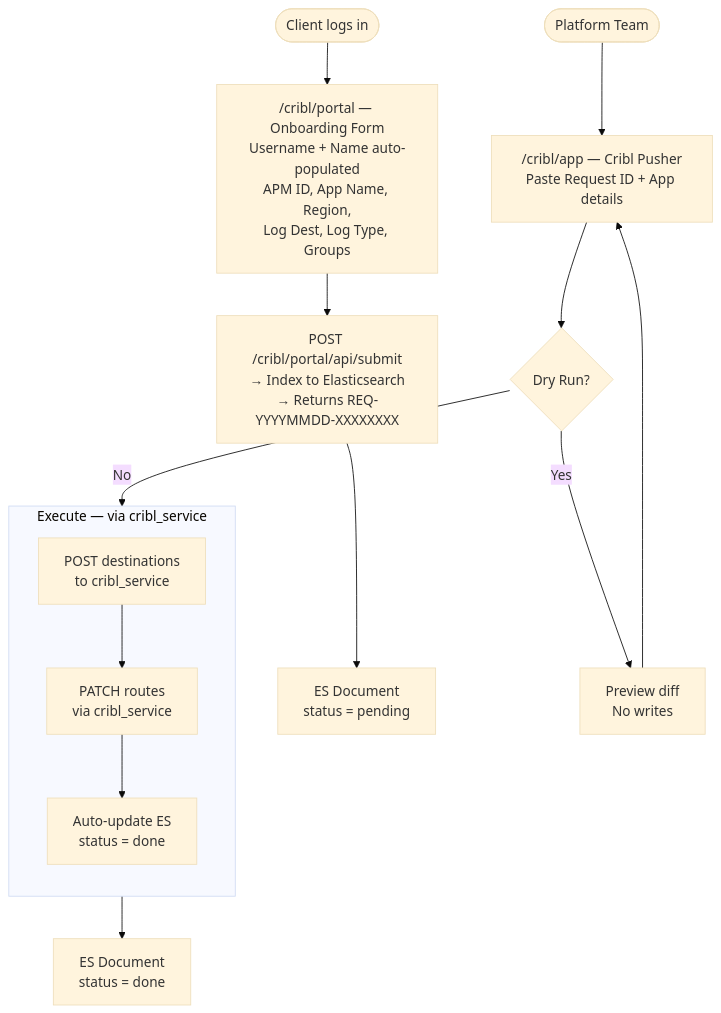
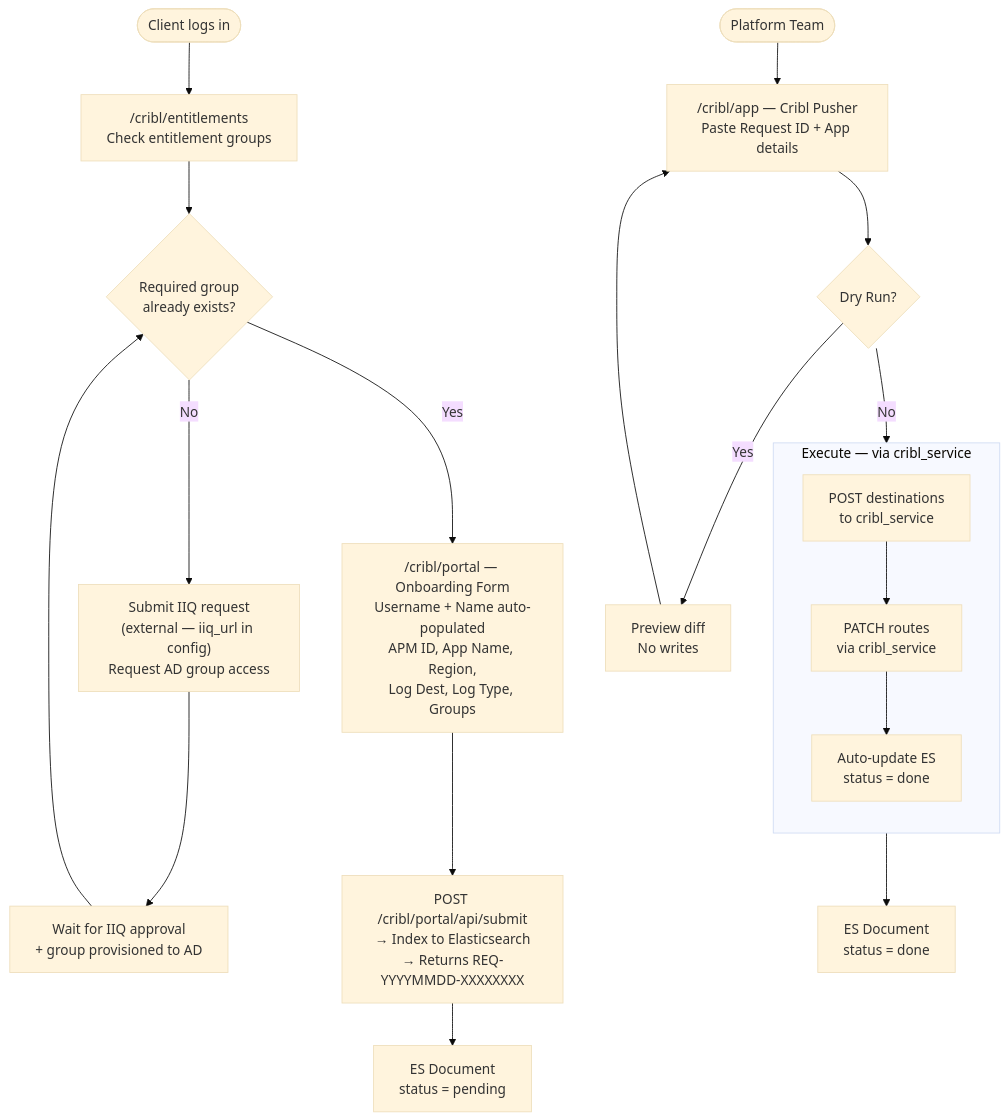
The second of 9 diagrams in flowchart.md (ambalbek/crud_cribl-elk), drawn with Mermaid (base theme) before and after one commit. The commit also changed 5 other files, not shown here.

````diff
--- a/flowchart.md
+++ b/flowchart.md
@@ -37,20 +37,27 @@
 ```mermaid
 flowchart TD
-    CLIENT([Client logs in]) --> PORTAL["/cribl/portal — Onboarding Form\nUsername + Name auto-populated\nAPM ID, App Name, Region,\nLog Dest, Log Type, Groups"]
+    CLIENT([Client logs in]) --> CHECK_ENT["/cribl/entitlements\nCheck entitlement groups"]
+    CHECK_ENT --> HAS_ENT{Required group\nalready exists?}
+
+    HAS_ENT -- No --> IIQ["Submit IIQ request\n(external — iiq_url in config)\nRequest AD group access"]
+    IIQ --> WAIT["Wait for IIQ approval\n+ group provisioned to AD"]
+    WAIT --> HAS_ENT
+
+    HAS_ENT -- Yes --> PORTAL["/cribl/portal — Onboarding Form\nUsername + Name auto-populated\nAPM ID, App Name, Region,\nLog Dest, Log Type, Groups"]
     PORTAL --> ES_INDEX["POST /cribl/portal/api/submit\n→ Index to Elasticsearch\n→ Returns REQ-YYYYMMDD-XXXXXXXX"]
     ES_INDEX --> PENDING["ES Document\nstatus = pending"]
 
     PLATFORM([Platform Team]) --> PUSHER["/cribl/app — Cribl Pusher\nPaste Request ID + App details"]
     PUSHER --> DRYRUN{Dry Run?}
     DRYRUN -- Yes --> PREVIEW["Preview diff\nNo writes"]
     DRYRUN -- No --> EXECUTE
 
     subgraph EXECUTE[Execute — via cribl_service]
         direction TB
         DEST["POST destinations\nto cribl_service"] --> ROUTES["PATCH routes\nvia cribl_service"]
         ROUTES --> STATUS["Auto-update ES\nstatus = done"]
     end
 
     EXECUTE --> DONE["ES Document\nstatus = done"]
     PREVIEW --> PUSHER
 ```
````
